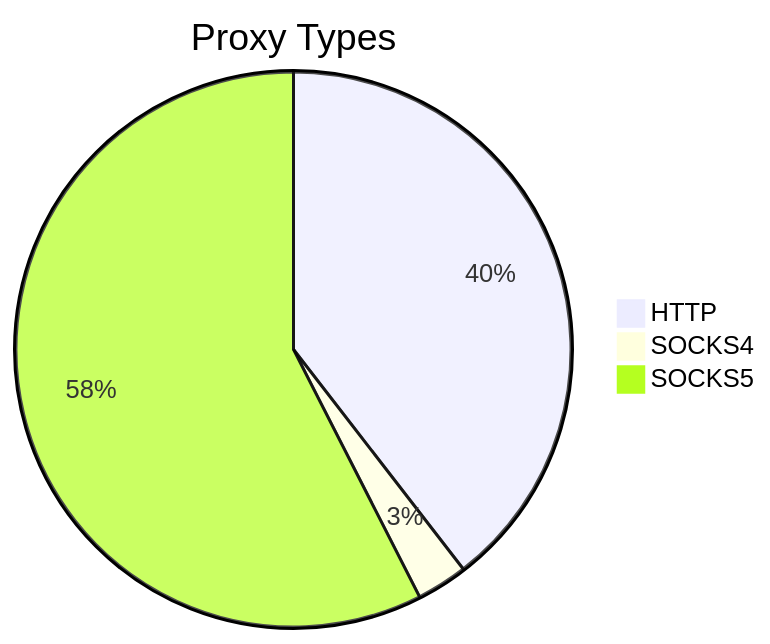
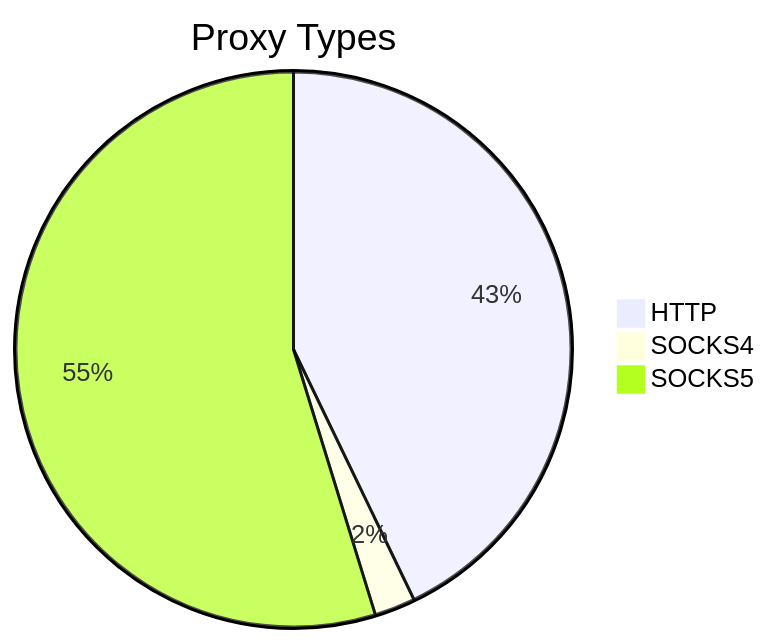
Before and after one commit to stormsia/proxy-list: the first of 2 diagrams in README.md, drawn with Mermaid. The commit also changed other lines of this file, not shown here.

````diff
--- a/README.md
+++ b/README.md
@@ -21,6 +21,6 @@
 ```mermaid
 pie title Proxy Types
-    "HTTP" : 266
-    "SOCKS4" : 20
-    "SOCKS5" : 387
+    "HTTP" : 234
+    "SOCKS4" : 13
+    "SOCKS5" : 299
 ```
````
